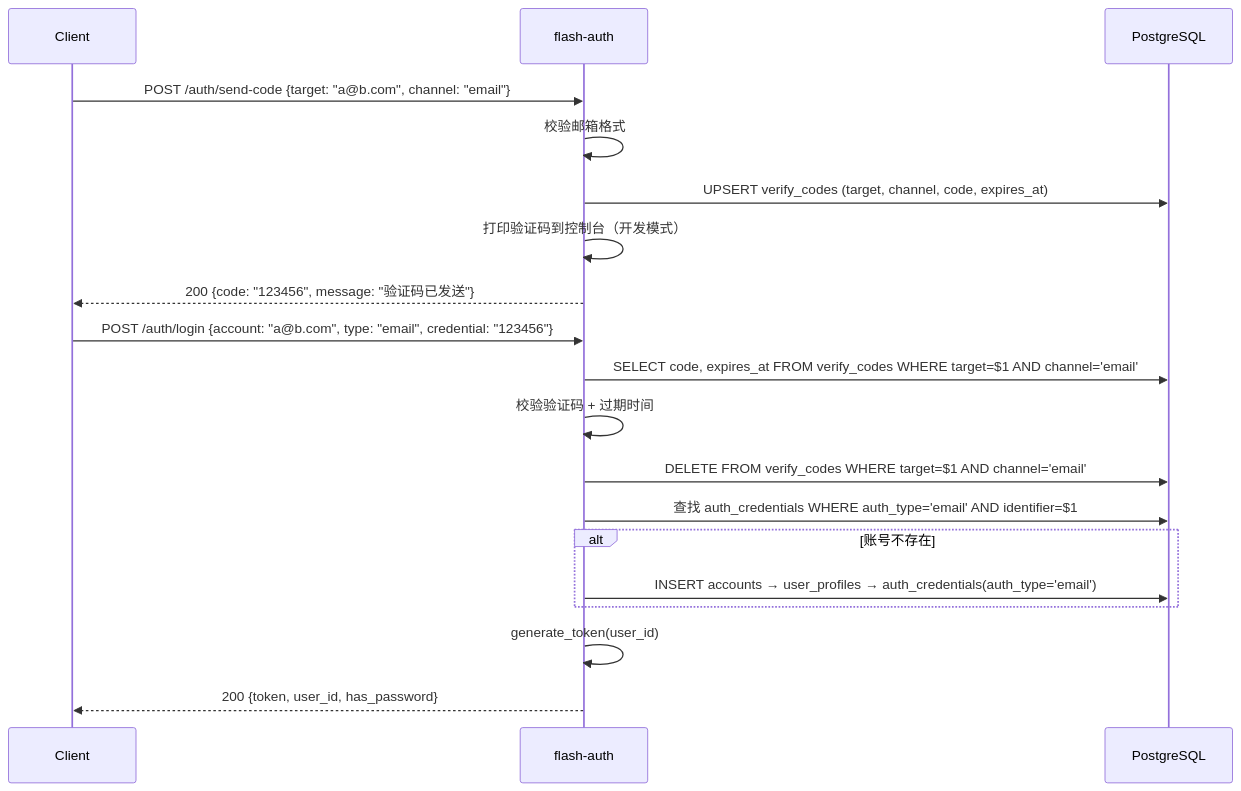
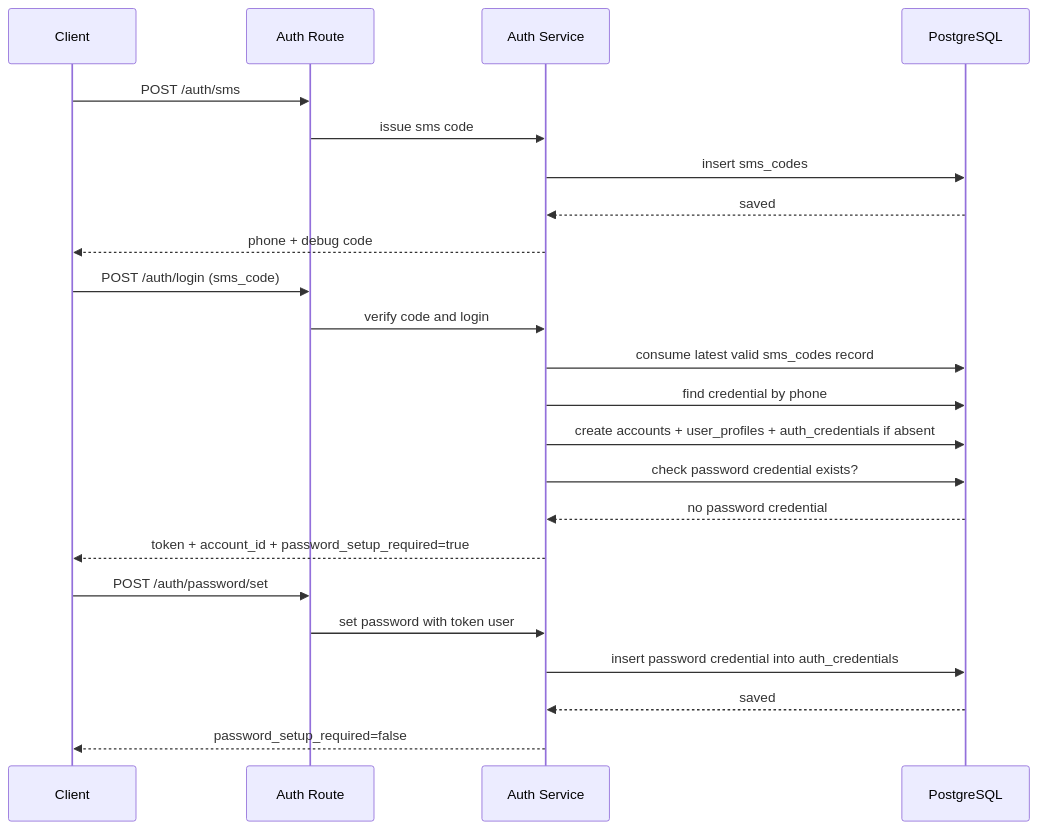
One commit to RainyJiang22/FlashIM_by_ai changed the second of 3 diagrams in docs/features/auth/v0.0.2/server/design.md. Above: the diagram before and after it, drawn with Mermaid. The commit also changed other lines of this file and 56 other files, not shown here.

````diff
--- a/docs/features/auth/v0.0.2/server/design.md
+++ b/docs/features/auth/v0.0.2/server/design.md
@@ -150,23 +316,28 @@
 ```mermaid
 sequenceDiagram
     participant C as Client
-    participant S as flash-auth
-    participant DB as PostgreSQL
+    participant A as Auth Route
+    participant S as Auth Service
+    participant D as PostgreSQL
 
-    C->>S: POST /auth/send-code {target: "a@b.com", channel: "email"}
-    S->>S: 校验邮箱格式
-    S->>DB: UPSERT verify_codes (target, channel, code, expires_at)
-    S->>S: 打印验证码到控制台（开发模式）
-    S-->>C: 200 {code: "123456", message: "验证码已发送"}
+    C->>A: POST /auth/sms
+    A->>S: issue sms code
+    S->>D: insert sms_codes
+    D-->>S: saved
+    S-->>C: phone + debug code
 
-    C->>S: POST /auth/login {account: "a@b.com", type: "email", credential: "123456"}
-    S->>DB: SELECT code, expires_at FROM verify_codes WHERE target=$1 AND channel='email'
-    S->>S: 校验验证码 + 过期时间
-    S->>DB: DELETE FROM verify_codes WHERE target=$1 AND channel='email'
-    S->>DB: 查找 auth_credentials WHERE auth_type='email' AND identifier=$1
-    alt 账号不存在
-        S->>DB: INSERT accounts → user_profiles → auth_credentials(auth_type='email')
-    end
-    S->>S: generate_token(user_id)
-    S-->>C: 200 {token, user_id, has_password}
+    C->>A: POST /auth/login (sms_code)
+    A->>S: verify code and login
+    S->>D: consume latest valid sms_codes record
+    S->>D: find credential by phone
+    S->>D: create accounts + user_profiles + auth_credentials if absent
+    S->>D: check password credential exists?
+    D-->>S: no password credential
+    S-->>C: token + account_id + password_setup_required=true
+
+    C->>A: POST /auth/password/set
+    A->>S: set password with token user
+    S->>D: insert password credential into auth_credentials
+    D-->>S: saved
+    S-->>C: password_setup_required=false
 ```
````
